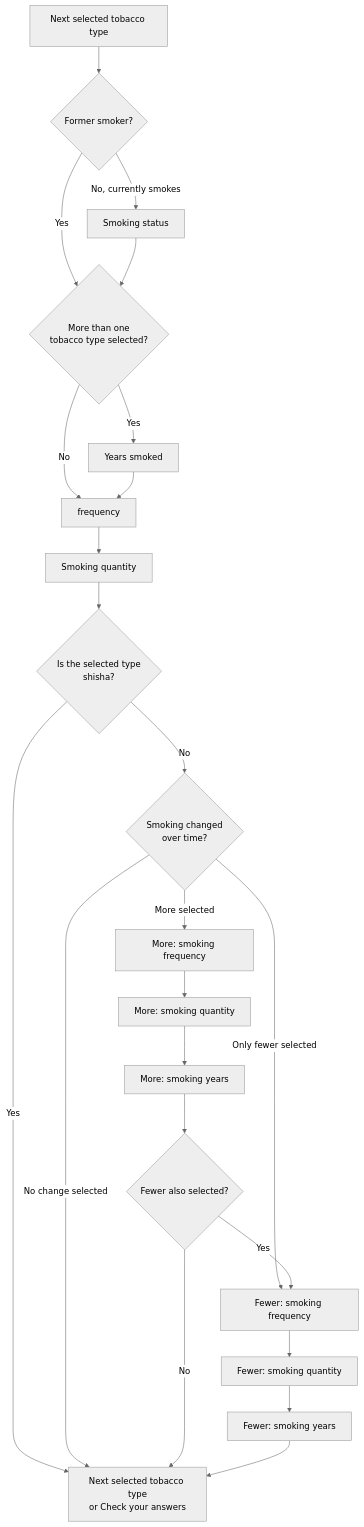
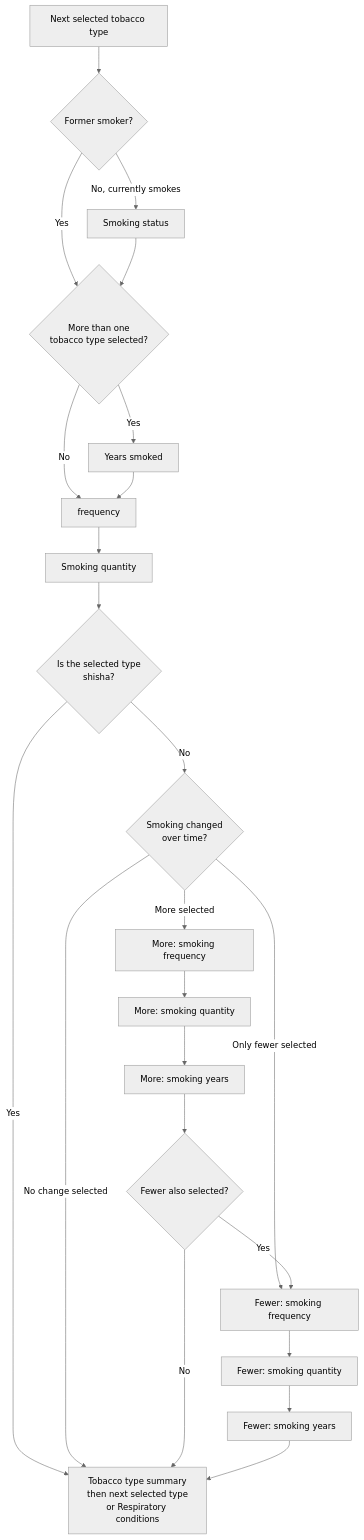
Before and after one commit to NHSDigital/prototype-lung-health-check: the second of 2 diagrams in app/prototype_v4_4/docs/question-flow.md, drawn with Mermaid (neutral theme). The commit also changed other lines of this file and 21 other files, not shown here.

````diff
--- a/app/prototype_v4_4/docs/question-flow.md
+++ b/app/prototype_v4_4/docs/question-flow.md
@@ -70,31 +71,31 @@
 ```mermaid
 flowchart TD
   selectedType["Next selected tobacco type"] --> formerSmoker{"Former smoker?"}
 
   formerSmoker -- No, currently smokes --> status["Smoking status"]
   formerSmoker -- Yes --> multipleTypes{"More than one<br>tobacco type selected?"}
   status --> multipleTypes
   multipleTypes -- Yes --> yearsSmoked["Years smoked"]
   multipleTypes -- No --> frequency
   yearsSmoked --> frequency
   frequency --> quantity["Smoking quantity"]
 
   quantity --> isShisha{"Is the selected type<br>shisha?"}
   isShisha -- Yes --> nextTypeOrCya
   isShisha -- No --> changed{"Smoking changed<br>over time?"}
 
   changed -- No change selected --> nextTypeOrCya
   changed -- More selected --> moreFrequency["More: smoking frequency"]
   moreFrequency --> moreQuantity["More: smoking quantity"]
   moreQuantity --> moreYears["More: smoking years"]
   moreYears --> fewerSelected{"Fewer also selected?"}
 
   changed -- Only fewer selected --> fewerFrequency["Fewer: smoking frequency"]
   fewerSelected -- Yes --> fewerFrequency
   fewerSelected -- No --> nextTypeOrCya
   fewerFrequency --> fewerQuantity["Fewer: smoking quantity"]
   fewerQuantity --> fewerYears["Fewer: smoking years"]
   fewerYears --> nextTypeOrCya
 
-  nextTypeOrCya["Next selected tobacco type<br>or Check your answers"]
+  nextTypeOrCya["Tobacco type summary<br>then next selected type<br>or Respiratory conditions"]
 ```
````
